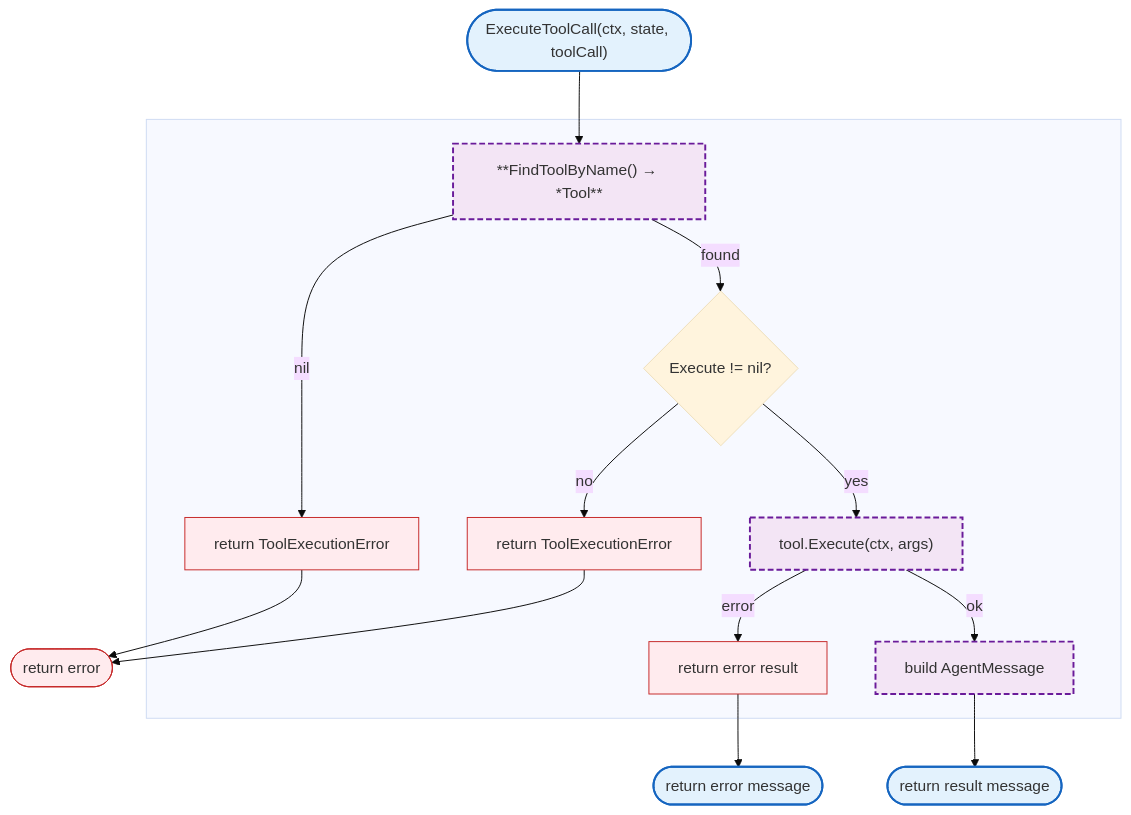
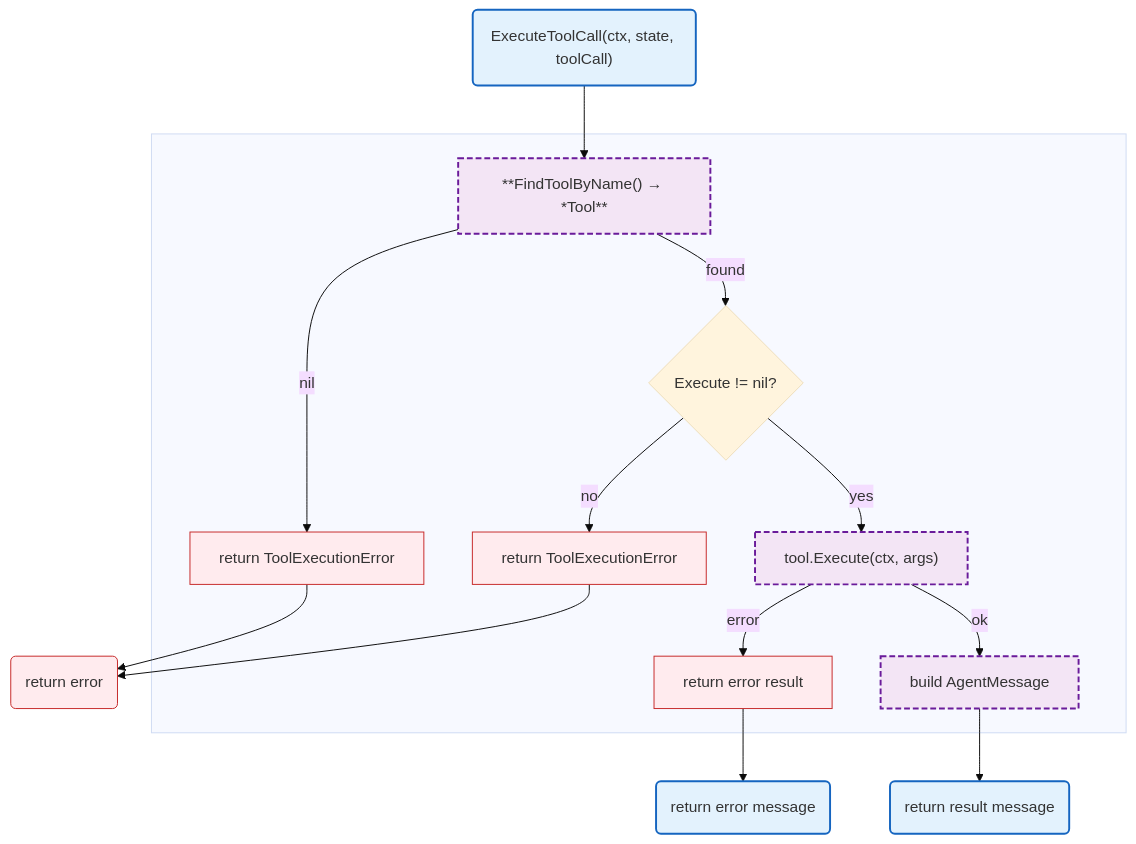
Before and after one commit to radch-ai/ava: the diagram in docs/internal/agent/tool.md, drawn with Mermaid (base theme). The commit also changed 24 other files, not shown here.

First line of the commit message:
fix(docs): fix mermaid syntax errors in all diagrams

````diff
--- a/docs/internal/agent/tool.md
+++ b/docs/internal/agent/tool.md
@@ -7,27 +7,27 @@
 ```mermaid
 flowchart TB
-    Start(["ExecuteToolCall(ctx, state, toolCall)"]) --> HFind
+    Start("ExecuteToolCall(ctx, state, toolCall)") --> HFind
 
     subgraph SGExecute [" "]
         HFind["**FindToolByName() → *Tool**"]
         HFind -->|nil| ErrNotFound["return ToolExecutionError"]
         HFind -->|found| CheckExecute{Execute != nil?}
         CheckExecute -->|no| ErrNilExecute["return ToolExecutionError"]
         CheckExecute -->|yes| DoExecute["tool.Execute(ctx, args)"]
         DoExecute -->|error| ErrExecute["return error result"]
         DoExecute -->|ok| BuildResult["build AgentMessage"]
     end
 
-    ErrNotFound --> ErrReturn(["return error"])
+    ErrNotFound --> ErrReturn("return error")
     ErrNilExecute --> ErrReturn
-    ErrExecute --> ErrMsgReturn(["return error message"])
-    BuildResult --> Success(["return result message"])
+    ErrExecute --> ErrMsgReturn("return error message")
+    BuildResult --> Success("return result message")
 
     classDef mainFn fill:#e3f2fd,stroke:#1565c0,stroke-width:2px
     classDef internalFn fill:#f3e5f5,stroke:#6a1b9a,stroke-width:2px,stroke-dasharray:6 3
     classDef errorFlow fill:#ffebee,stroke:#c62828,stroke-width:1px
 
     class Start,Success,ErrMsgReturn mainFn
     class HFind,DoExecute,BuildResult internalFn
     class ErrNotFound,ErrNilExecute,ErrExecute,ErrReturn errorFlow
 ```
````
